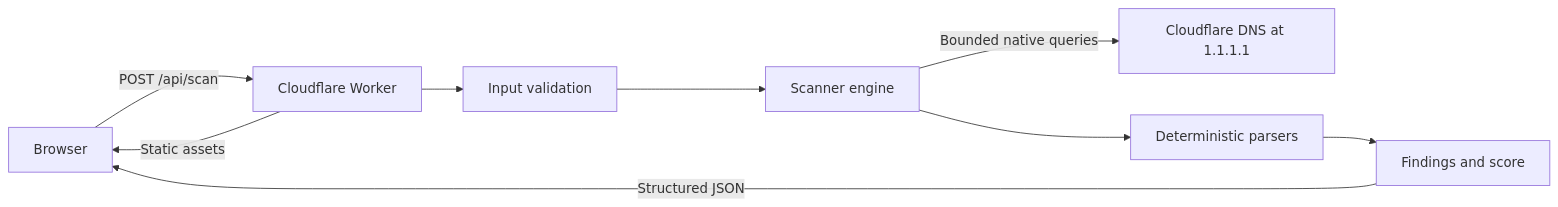
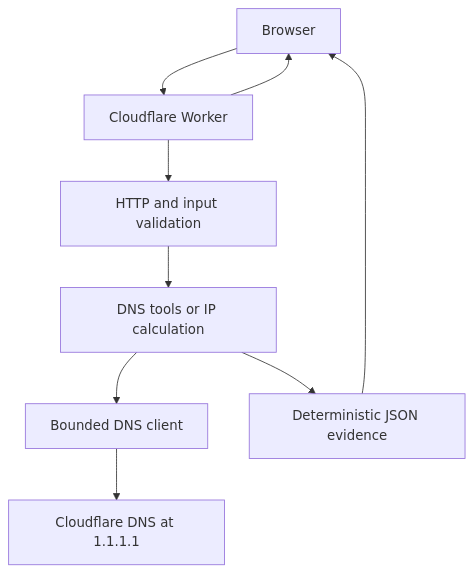
One commit to TheDudesRepo/dmarc changed the diagram in docs/ARCHITECTURE.md. Above: the diagram before and after it, drawn with Mermaid. The commit also changed other lines of this file and 25 other files, not shown here.

````diff
--- a/docs/ARCHITECTURE.md
+++ b/docs/ARCHITECTURE.md
@@ -10,11 +10,11 @@
 ```mermaid
-flowchart LR
-    U[Browser] -->|POST /api/scan| W[Cloudflare Worker]
-    W --> V[Input validation]
-    V --> S[Scanner engine]
-    S -->|Bounded native queries| D[Cloudflare DNS at 1.1.1.1]
-    S --> P[Deterministic parsers]
-    P --> A[Findings and score]
-    A -->|Structured JSON| U
-    W -->|Static assets| U
+flowchart TD
+    U[Browser] --> W[Cloudflare Worker]
+    W --> V[HTTP and input validation]
+    V --> E[DNS tools or IP calculation]
+    E --> D[Bounded DNS client]
+    D --> R[Cloudflare DNS at 1.1.1.1]
+    E --> J[Deterministic JSON evidence]
+    J --> U
+    W --> U
 ```
````
